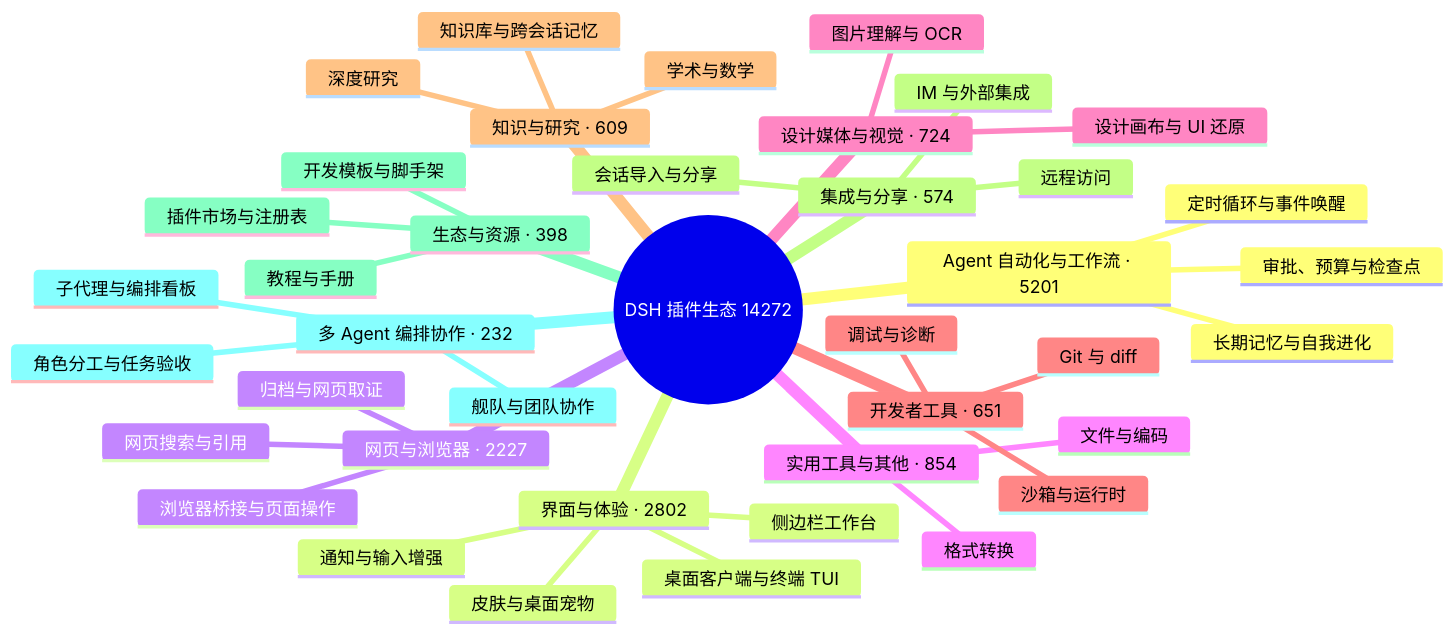
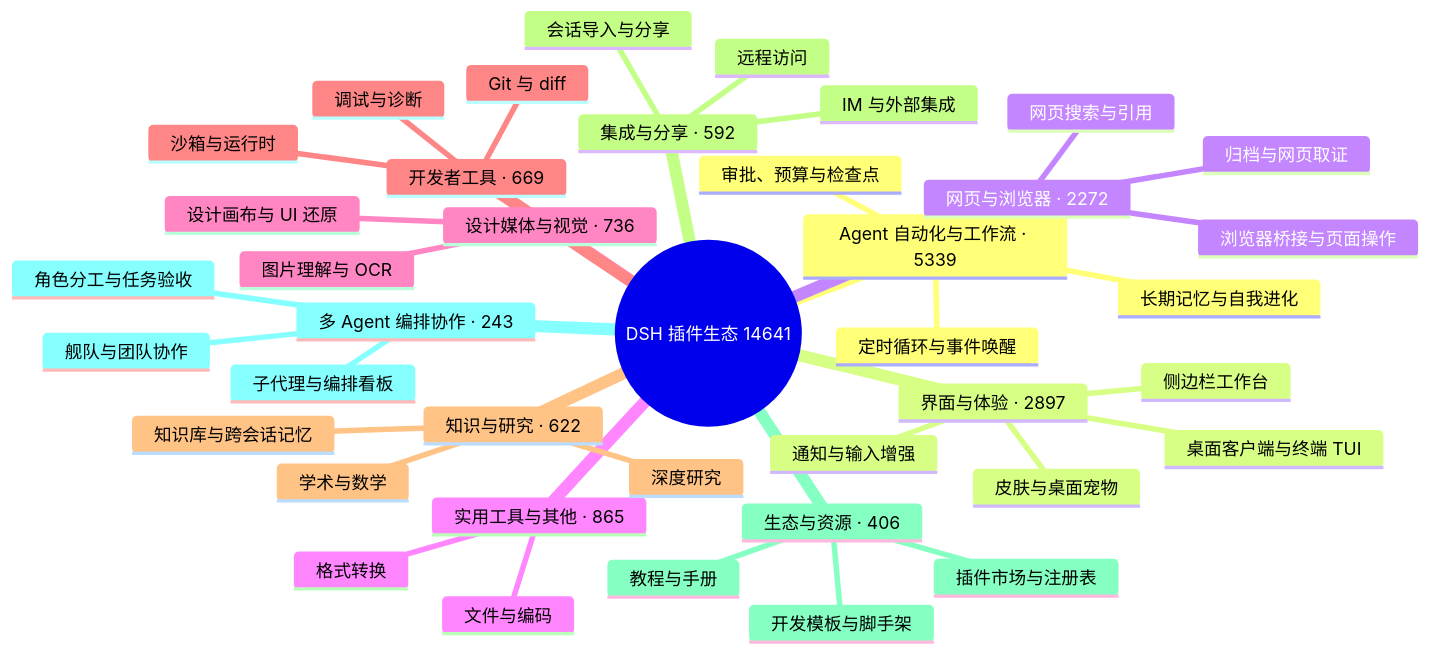
Before and after one commit to bruc3van/awesome-dsh-plugin: the diagram in README.md, drawn with Mermaid. The commit also changed other lines of this file and 24 other files, not shown here.

````diff
--- a/README.md
+++ b/README.md
@@ -16,43 +16,43 @@
 ```mermaid
 mindmap
-  root((DSH 插件生态 14272))
-    Agent 自动化与工作流 · 5201
+  root((DSH 插件生态 14641))
+    Agent 自动化与工作流 · 5339
       定时循环与事件唤醒
       长期记忆与自我进化
       审批、预算与检查点
-    界面与体验 · 2802
+    界面与体验 · 2897
       桌面客户端与终端 TUI
       侧边栏工作台
       皮肤与桌面宠物
       通知与输入增强
-    网页与浏览器 · 2227
+    网页与浏览器 · 2272
       浏览器桥接与页面操作
       网页搜索与引用
       归档与网页取证
-    实用工具与其他 · 854
+    实用工具与其他 · 865
       文件与编码
       格式转换
-    设计媒体与视觉 · 724
+    设计媒体与视觉 · 736
       图片理解与 OCR
       设计画布与 UI 还原
-    开发者工具 · 651
+    开发者工具 · 669
       Git 与 diff
       沙箱与运行时
       调试与诊断
-    知识与研究 · 609
+    知识与研究 · 622
       知识库与跨会话记忆
       深度研究
       学术与数学
-    集成与分享 · 574
+    集成与分享 · 592
       会话导入与分享
       远程访问
       IM 与外部集成
-    生态与资源 · 398
+    生态与资源 · 406
       插件市场与注册表
       开发模板与脚手架
       教程与手册
-    多 Agent 编排协作 · 232
+    多 Agent 编排协作 · 243
       子代理与编排看板
       舰队与团队协作
       角色分工与任务验收
 ```
````
